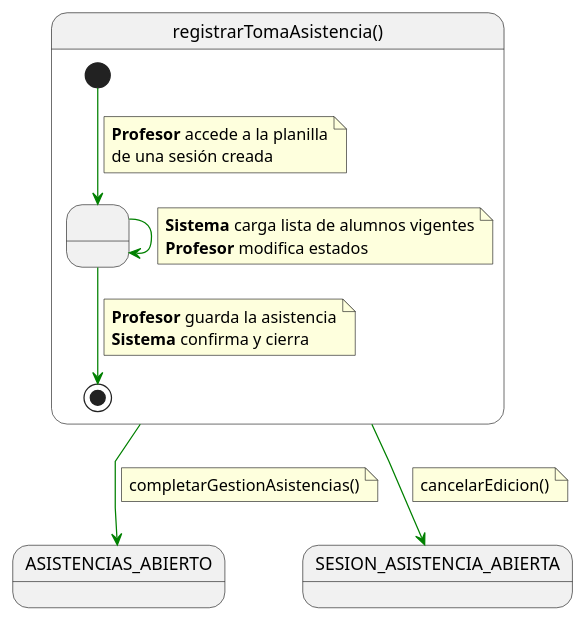
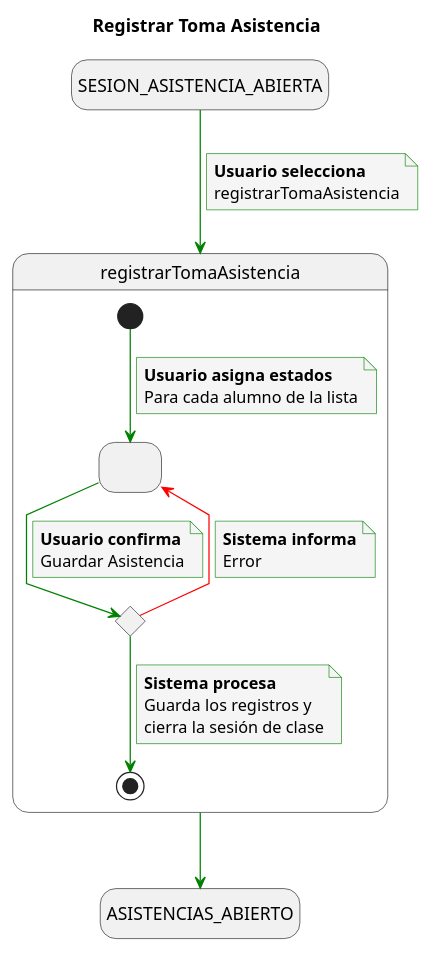
The diagram in documents/CasosDeUso/DetalladoCasosDeUso/Profesor/registrarTomaAsistencia.puml (enmabry/25-26-IdSw1-SdR), drawn with PlantUML before and after one commit. The commit also changed 12 other files, not shown here.

Commit message:
Segunda iteracion detallado CdU profesor y readme mostrando svg de cada uno de ellos

```diff
--- a/documents/CasosDeUso/DetalladoCasosDeUso/Profesor/registrarTomaAsistencia.puml
+++ b/documents/CasosDeUso/DetalladoCasosDeUso/Profesor/registrarTomaAsistencia.puml
@@ -1,38 +1,54 @@
-@startuml registrarTomaAsistencia
+@startuml
+title Registrar Toma Asistencia
 
-skinparam linetype polyline
+skinparam {
+    NoteBackgroundColor #whiteSmoke
+    ArrowColor #green
+    NoteBorderColor #green
+    linetype polyline
+}
 
-state registrarTomaAsistencia as "registrarTomaAsistencia()" {
+hide empty description
 
-    state " " as EditandoPlanilla
+state startState as "SESION_ASISTENCIA_ABIERTA"
+state endState as "ASISTENCIAS_ABIERTO"
 
-    [*] -[#green]-> EditandoPlanilla 
+startState --> registrarTomaAsistencia
+note on link
+    <b>Usuario selecciona</b>
+    registrarTomaAsistencia
+end note
+
+state registrarTomaAsistencia {
+    state MarcadoDeAlumnos as " "
+    state ValidarCompletitud <<choice>>
+
+    [*] --> MarcadoDeAlumnos
     note on link
-    <b>Profesor</b> accede a la planilla
-    de una sesión creada
-    end note    
-    
-    EditandoPlanilla -[#green]-> EditandoPlanilla
+        <b>Usuario asigna estados</b>
+        Para cada alumno de la lista
+    end note
+
+    MarcadoDeAlumnos --> ValidarCompletitud
     note on link
-    <b>Sistema</b> carga lista de alumnos vigentes
-    <b>Profesor</b> modifica estados
+        <b>Usuario confirma</b>
+        Guardar Asistencia
     end note
-    
-    EditandoPlanilla -[#green]-> [*]
+
+    ValidarCompletitud -[#red]-> MarcadoDeAlumnos
     note on link
-    <b>Profesor</b> guarda la asistencia
-    <b>Sistema</b> confirma y cierra
+        <b>Sistema informa</b>
+        Error
+    end note
+
+    ValidarCompletitud --> [*]
+    note on link
+        <b>Sistema procesa</b>
+        Guarda los registros y 
+        cierra la sesión de clase
     end note
 }
 
-registrarTomaAsistencia -[#green]-> ASISTENCIAS_ABIERTO
-note on link
-completarGestionAsistencias()
-end note
-
-registrarTomaAsistencia -[#green]-> SESION_ASISTENCIA_ABIERTA
-note on link
-cancelarEdicion()
-end note
+registrarTomaAsistencia --> endState
 
 @enduml
```
